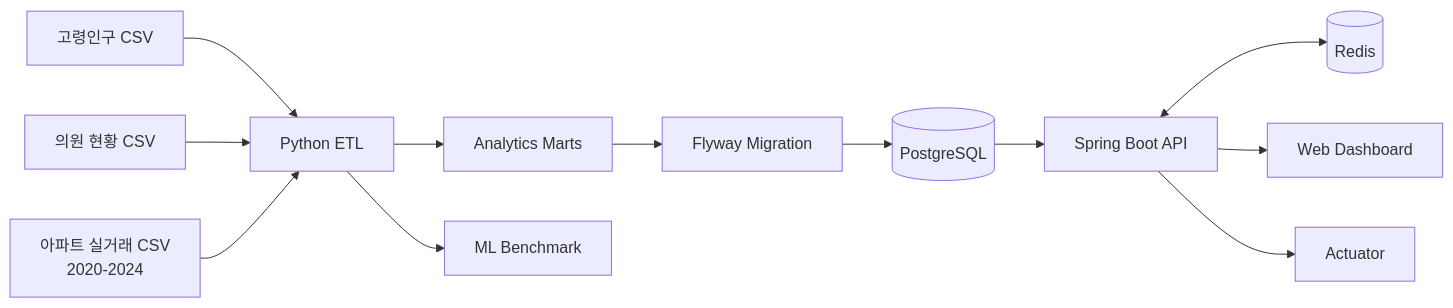
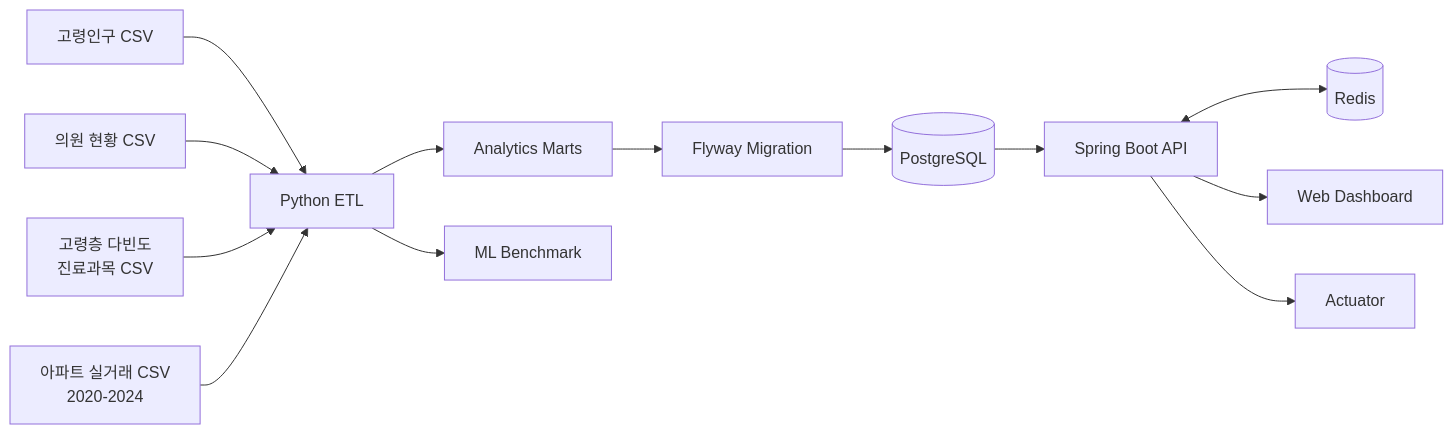
Before and after one commit to taeyoungk-dev/data_analysis: the diagram in README.md, drawn with Mermaid. The commit also changed other lines of this file and 30 other files, not shown here.

````diff
--- a/README.md
+++ b/README.md
@@ -76,14 +79,15 @@
 ```mermaid
 flowchart LR
     A[고령인구 CSV] --> P[Python ETL]
     B[의원 현황 CSV] --> P
-    C[아파트 실거래 CSV<br>2020-2024] --> P
+    C[고령층 다빈도<br>진료과목 CSV] --> P
+    H[아파트 실거래 CSV<br>2020-2024] --> P
     P --> D[Analytics Marts]
     P --> M[ML Benchmark]
     D --> F[Flyway Migration]
     F --> PG[(PostgreSQL)]
     PG --> API[Spring Boot API]
     API <--> R[(Redis)]
     API --> UI[Web Dashboard]
     API --> O[Actuator]
 ```
````
